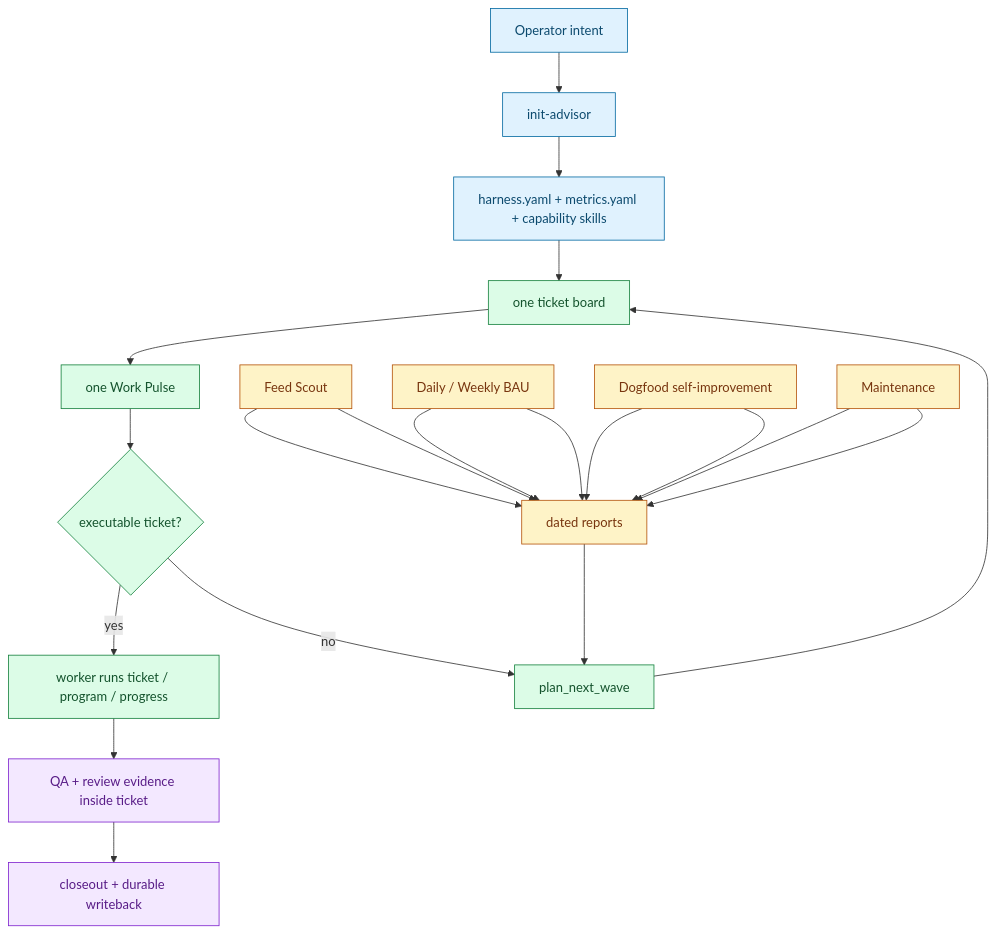
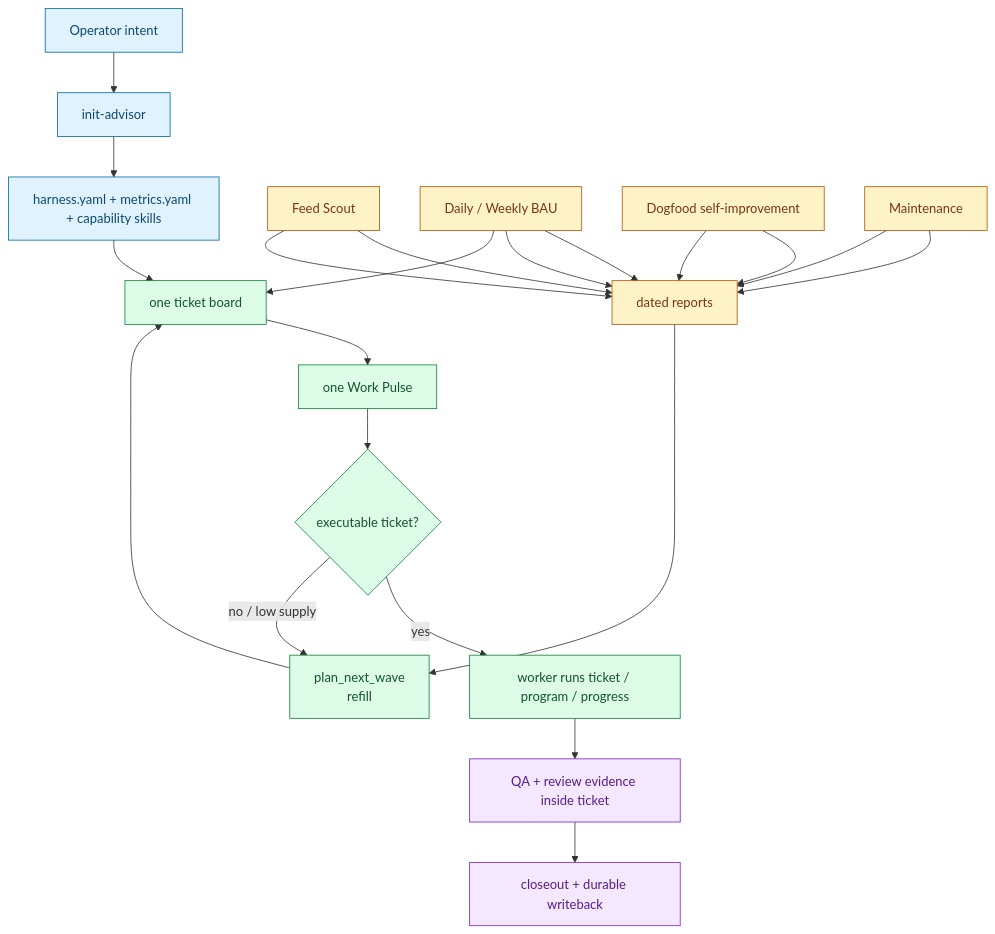
Before and after one commit to ZanarkandTechnologies/Farplane: the diagram in docs/farplane-framework/lifecycle.md, drawn with Mermaid. The commit also changed other lines of this file and 374 other files, not shown here.

````diff
--- a/docs/farplane-framework/lifecycle.md
+++ b/docs/farplane-framework/lifecycle.md
@@ -68,28 +70,29 @@
 ```mermaid
 flowchart TD
   classDef program fill:#e0f2fe,stroke:#0369a1,color:#0c4a6e
   classDef work fill:#dcfce7,stroke:#15803d,color:#14532d
   classDef source fill:#fef3c7,stroke:#b45309,color:#78350f
   classDef proof fill:#f3e8ff,stroke:#7e22ce,color:#581c87
 
   A["Operator intent"]:::program --> B["init-advisor"]:::program
   B --> C["harness.yaml + metrics.yaml + capability skills"]:::program
   C --> D["one ticket board"]:::work
   D --> E["one Work Pulse"]:::work
   E --> F{"executable ticket?"}:::work
   F -->|yes| G["worker runs ticket / program / progress"]:::work
-  F -->|no| H["plan_next_wave"]:::work
+  F -->|no / low supply| H["plan_next_wave<br/>refill"]:::work
   H --> D
   G --> I["QA + review evidence inside ticket"]:::proof
   I --> J["closeout + durable writeback"]:::proof
 
   K["Feed Scout"]:::source --> O
   L["Daily / Weekly BAU"]:::source --> O
   M["Dogfood self-improvement"]:::source --> O
   N["Maintenance"]:::source --> O
   K --> O["dated reports"]:::source
   L --> O
   M --> O
   N --> O
+  L --> D
   O --> H
 ```
````
